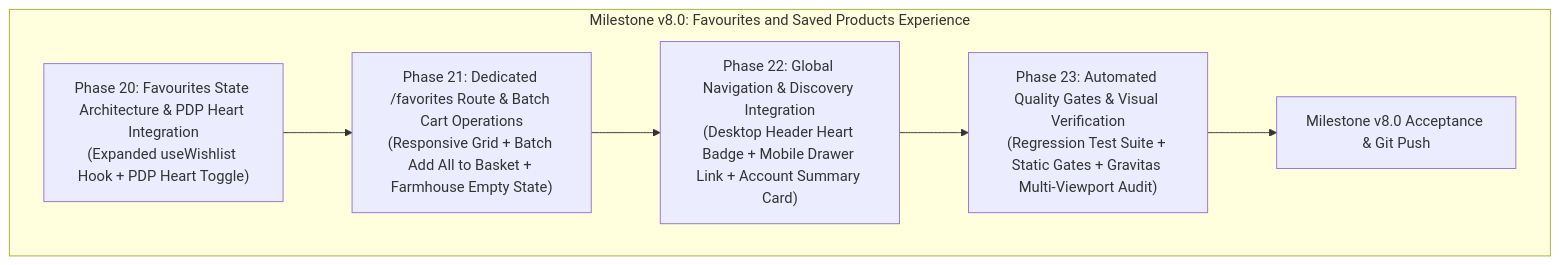
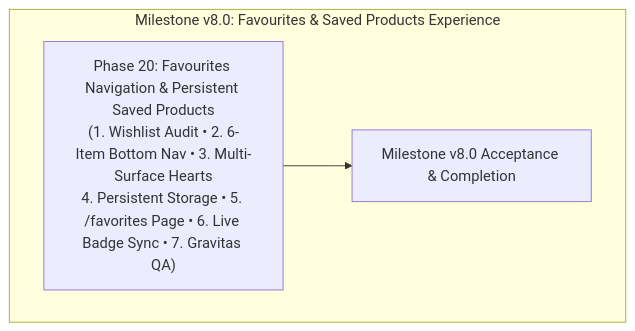
The diagram in .planning/ROADMAP.md (uniscaledigital/ecommerce-website), drawn with Mermaid before and after one commit. The commit also changed other lines of this file and 19 other files, not shown here.

First line of the commit message:
feat: complete milestone v8.0 favourites and saved products experience (phase 20)

````diff
--- a/.planning/ROADMAP.md
+++ b/.planning/ROADMAP.md
@@ -13,14 +13,8 @@
 ```mermaid
 flowchart TD
-    subgraph M8["Milestone v8.0: Favourites and Saved Products Experience"]
-        P20["Phase 20: Favourites State Architecture & PDP Heart Integration\n(Expanded useWishlist Hook + PDP Heart Toggle)"]
-        P21["Phase 21: Dedicated /favorites Route & Batch Cart Operations\n(Responsive Grid + Batch Add All to Basket + Farmhouse Empty State)"]
-        P22["Phase 22: Global Navigation & Discovery Integration\n(Desktop Header Heart Badge + Mobile Drawer Link + Account Summary Card)"]
-        P23["Phase 23: Automated Quality Gates & Visual Verification\n(Regression Test Suite + Static Gates + Gravitas Multi-Viewport Audit)"]
-        DONE["Milestone v8.0 Acceptance & Git Push"]
+    subgraph M8["Milestone v8.0: Favourites & Saved Products Experience"]
+        P20["Phase 20: Favourites Navigation & Persistent Saved Products\n(1. Wishlist Audit • 2. 6-Item Bottom Nav • 3. Multi-Surface Hearts\n4. Persistent Storage • 5. /favorites Page • 6. Live Badge Sync • 7. Gravitas QA)"]
+        DONE["Milestone v8.0 Acceptance & Completion"]
     end
-    P20 --> P21
-    P21 --> P22
-    P22 --> P23
-    P23 --> DONE
+    P20 --> DONE
 ```
````
